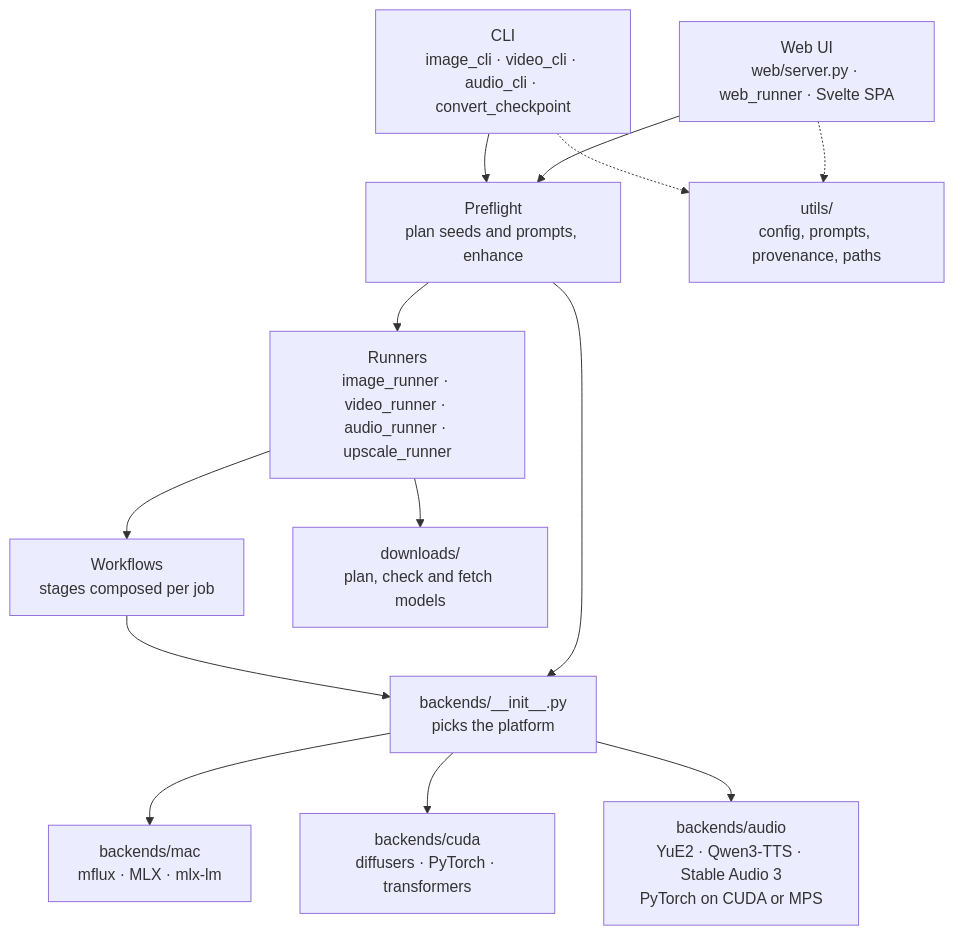
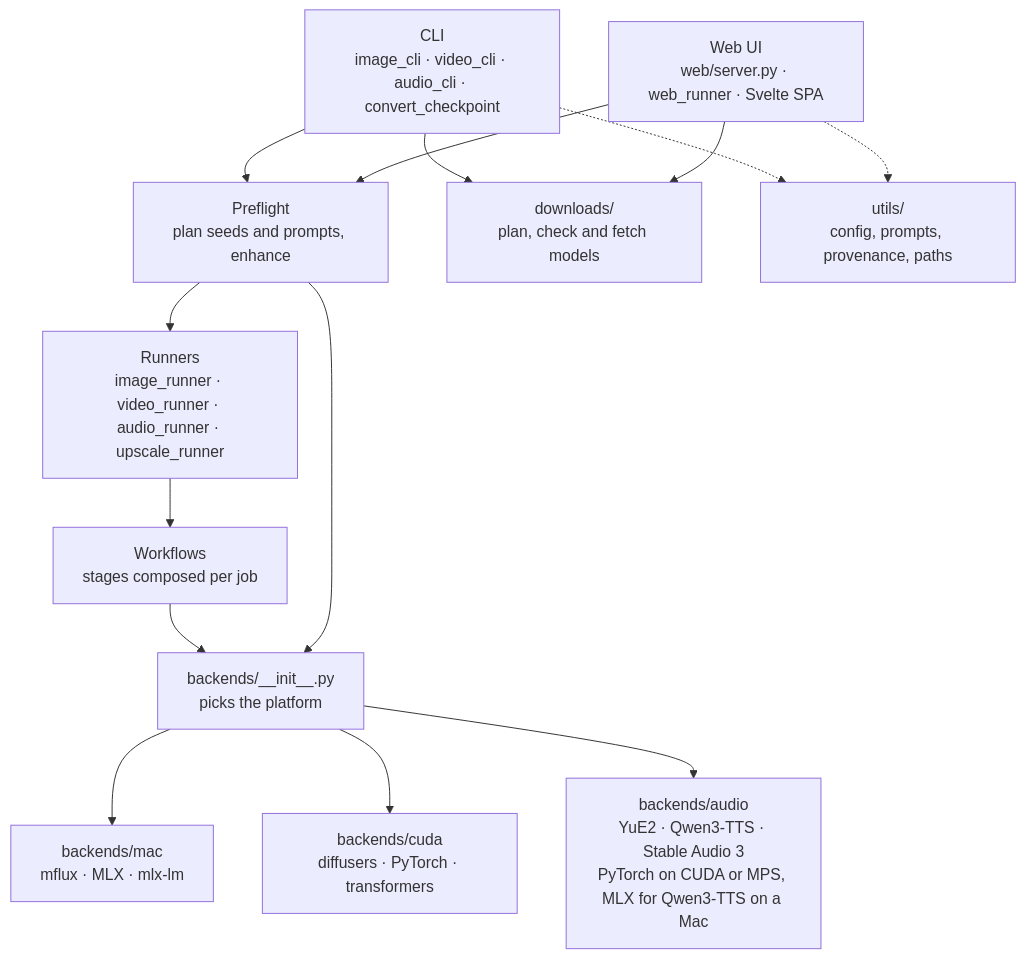
One commit to knuthelge/ZVisionGenerator changed the diagram in docs/developer/architecture.md. Above: the diagram before and after it, drawn with Mermaid. The commit also changed other lines of this file and 96 other files, not shown here.

````diff
--- a/docs/developer/architecture.md
+++ b/docs/developer/architecture.md
@@ -5,27 +9,28 @@
 ```mermaid
 graph TD
   CLI["CLI<br/>image_cli · video_cli · audio_cli · convert_checkpoint"]
   WEB["Web UI<br/>web/server.py · web_runner · Svelte SPA"]
   PRE["Preflight<br/>plan seeds and prompts, enhance"]
   RUN["Runners<br/>image_runner · video_runner · audio_runner · upscale_runner"]
   WF["Workflows<br/>stages composed per job"]
   SEL["backends/__init__.py<br/>picks the platform"]
   MAC["backends/mac<br/>mflux · MLX · mlx-lm"]
   CUDA["backends/cuda<br/>diffusers · PyTorch · transformers"]
-  AUD["backends/audio<br/>YuE2 · Qwen3-TTS · Stable Audio 3<br/>PyTorch on CUDA or MPS"]
+  AUD["backends/audio<br/>YuE2 · Qwen3-TTS · Stable Audio 3<br/>PyTorch on CUDA or MPS, MLX for Qwen3-TTS on a Mac"]
   DL["downloads/<br/>plan, check and fetch models"]
   UT["utils/<br/>config, prompts, provenance, paths"]
 
   CLI --> PRE
   WEB --> PRE
   PRE --> RUN
   RUN --> WF
   WF --> SEL
   PRE --> SEL
   SEL --> MAC
   SEL --> CUDA
   SEL --> AUD
-  RUN --> DL
+  CLI --> DL
+  WEB --> DL
   CLI -.-> UT
   WEB -.-> UT
 ```
````
